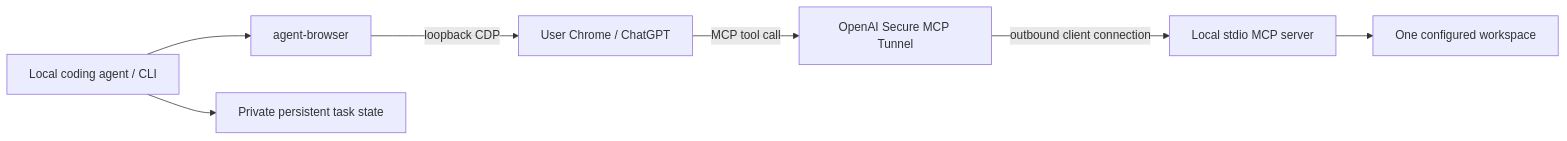
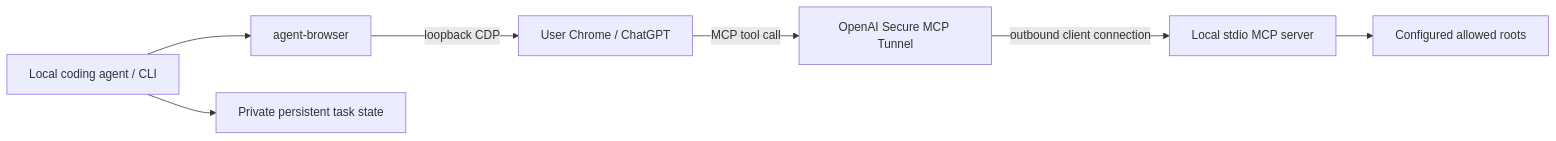
The diagram in docs/architecture.md (MarioJames/convorel), drawn with Mermaid before and after one commit. The commit also changed other lines of this file and 16 other files, not shown here.

````diff
--- a/docs/architecture.md
+++ b/docs/architecture.md
@@ -9,9 +13,9 @@
 ```mermaid
 flowchart LR
   A[Local coding agent / CLI] --> B[agent-browser]
   B -->|loopback CDP| C[User Chrome / ChatGPT]
   C -->|MCP tool call| T[OpenAI Secure MCP Tunnel]
   T -->|outbound client connection| M[Local stdio MCP server]
-  M --> W[One configured workspace]
+  M --> W[Configured allowed roots]
   A --> S[Private persistent task state]
 ```
````
